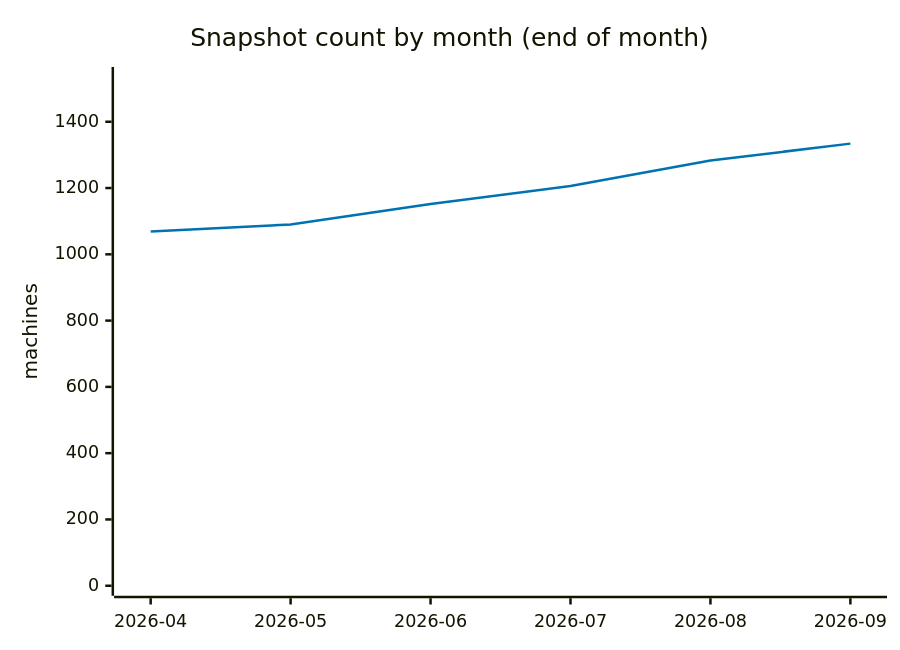
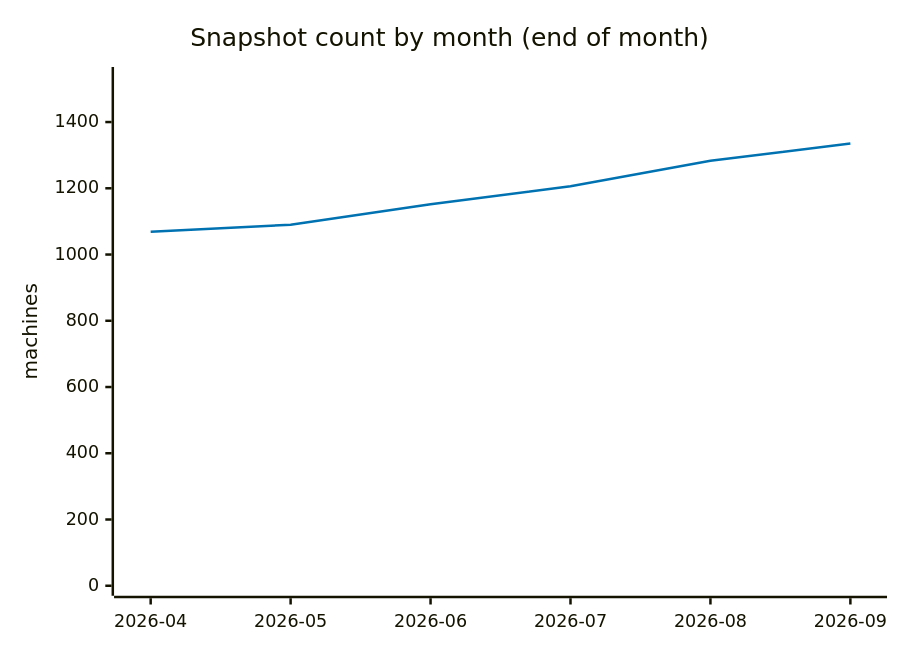
Before and after one commit to cheeaun/returnright-data: the fourth of 5 diagrams in ANALYSIS.md, drawn with Mermaid. The commit also changed other lines of this file and 3 other files, not shown here.

````diff
--- a/ANALYSIS.md
+++ b/ANALYSIS.md
@@ -204,13 +204,13 @@
 ```mermaid
 ---
 config:
   themeVariables:
     xyChart:
       plotColorPalette: "#0072B2"
 ---
 xychart-beta
     title "Snapshot count by month (end of month)"
     x-axis ["2026-04", "2026-05", "2026-06", "2026-07", "2026-08", "2026-09"]
-    y-axis "machines" 0 --> 1535
-    line [1069, 1090, 1152, 1206, 1283, 1334]
+    y-axis "machines" 0 --> 1536
+    line [1069, 1090, 1152, 1206, 1283, 1335]
 ```
````
